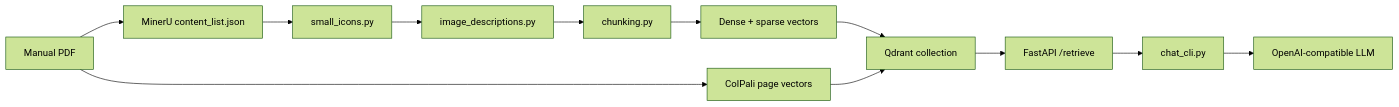
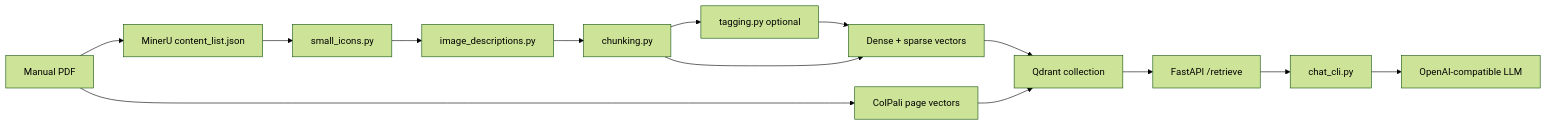
One commit to ziyan-c/RAG-Flow changed the diagram in docs/architecture.md. Above: the diagram before and after it, drawn with Mermaid (forest theme). The commit also changed 15 other files, not shown here.

````diff
--- a/docs/architecture.md
+++ b/docs/architecture.md
@@ -5,14 +5,16 @@
 ```mermaid
 flowchart LR
   PDF["Manual PDF"] --> MinerU["MinerU content_list.json"]
   MinerU --> Icons["small_icons.py"]
   Icons --> Captions["image_descriptions.py"]
   Captions --> Chunks["chunking.py"]
-  Chunks --> TextIndex["Dense + sparse vectors"]
+  Chunks --> Tags["tagging.py optional"]
+  Tags --> TextIndex["Dense + sparse vectors"]
+  Chunks --> TextIndex
   PDF --> VisualIndex["ColPali page vectors"]
   TextIndex --> Qdrant["Qdrant collection"]
   VisualIndex --> Qdrant
   Qdrant --> API["FastAPI /retrieve"]
   API --> Chat["chat_cli.py"]
   Chat --> LLM["OpenAI-compatible LLM"]
 ```
````
